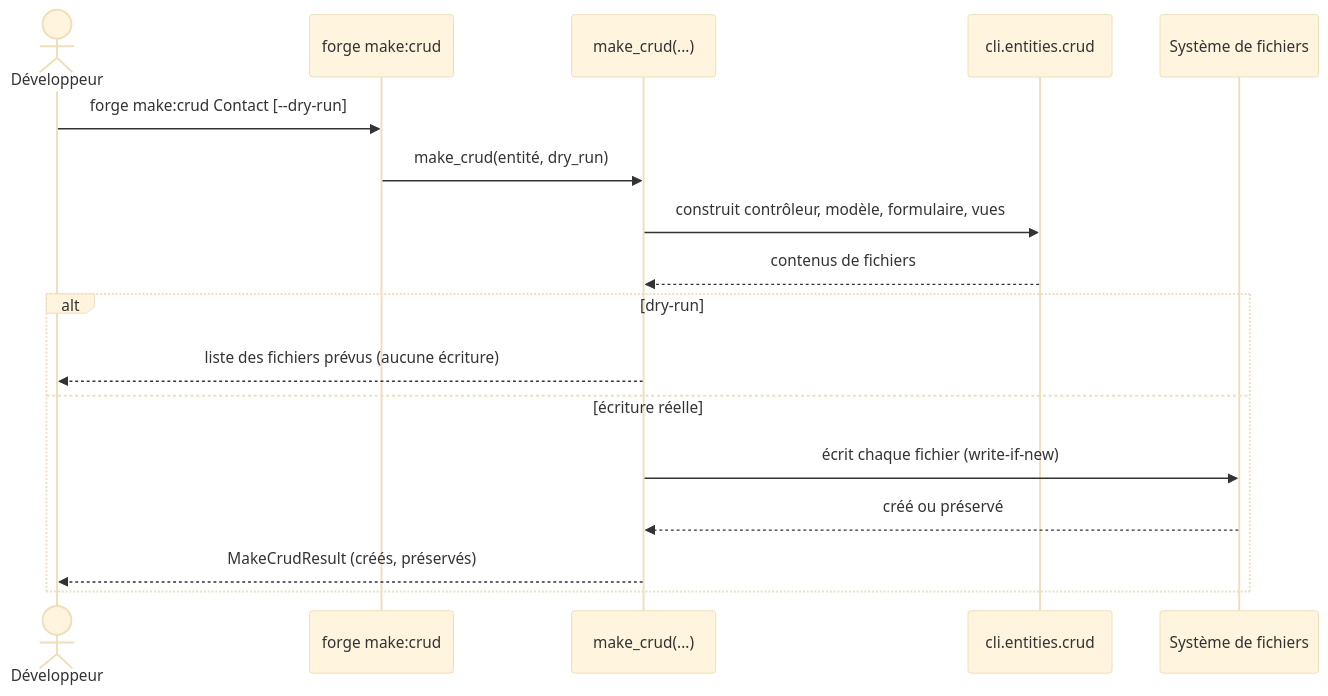
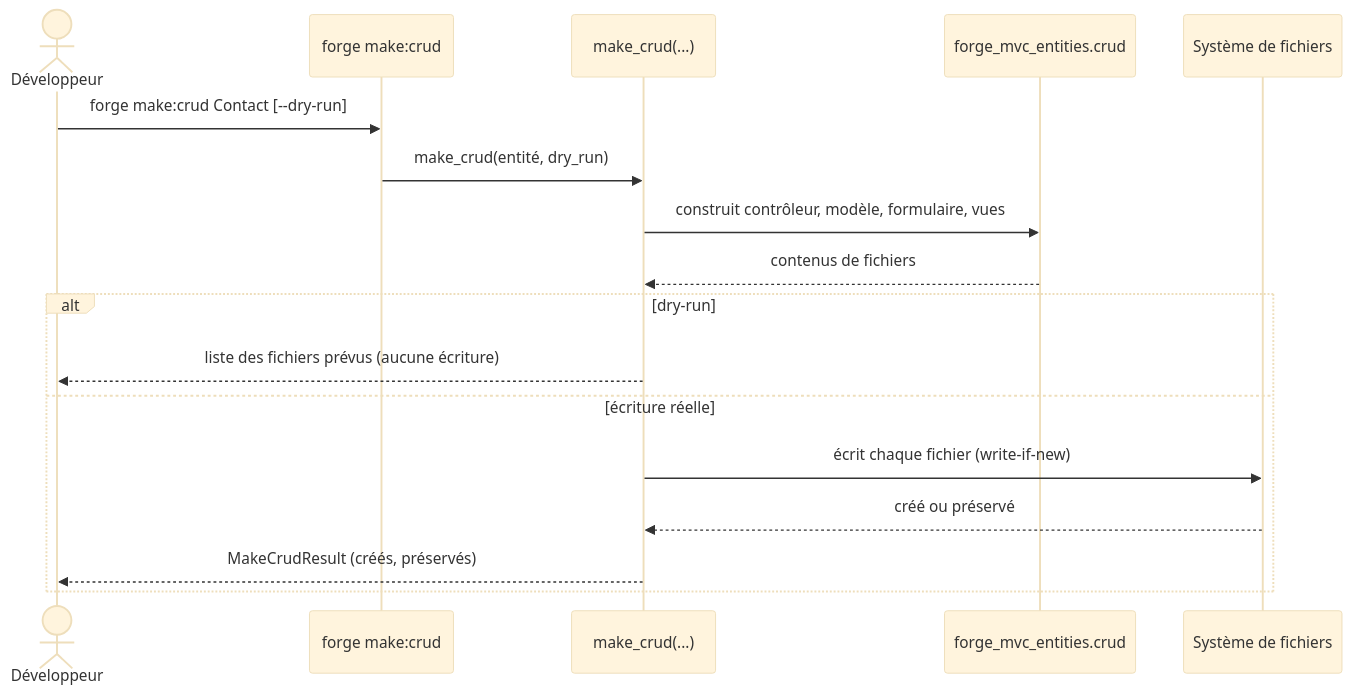
Before and after one commit to caucrogeGit/Forge: the diagram in cli/entities/docs/make_crud.md, drawn with Mermaid (base theme). The commit also changed other lines of this file and 160 other files, not shown here.

````diff
--- a/cli/entities/docs/make_crud.md
+++ b/cli/entities/docs/make_crud.md
@@ -38,20 +38,20 @@
 ```mermaid
 sequenceDiagram
     actor Dev as Développeur
     participant Forge as forge make:crud
     participant Crud as make_crud(...)
-    participant Builders as cli.entities.crud
+    participant Builders as forge_mvc_entities.crud
     participant Fs as Système de fichiers
 
     Dev->>Forge: forge make:crud Contact [--dry-run]
     Forge->>Crud: make_crud(entité, dry_run)
     Crud->>Builders: construit contrôleur, modèle, formulaire, vues
     Builders-->>Crud: contenus de fichiers
     alt dry-run
         Crud-->>Dev: liste des fichiers prévus (aucune écriture)
     else écriture réelle
         Crud->>Fs: écrit chaque fichier (write-if-new)
         Fs-->>Crud: créé ou préservé
         Crud-->>Dev: MakeCrudResult (créés, préservés)
     end
 ```
````
